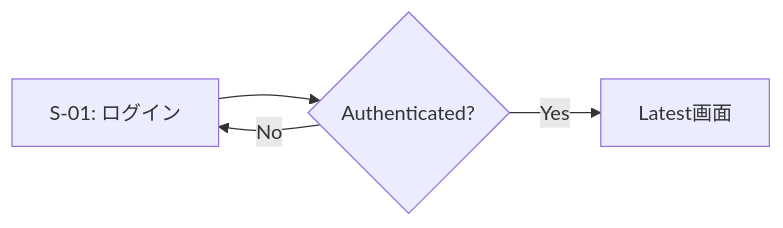
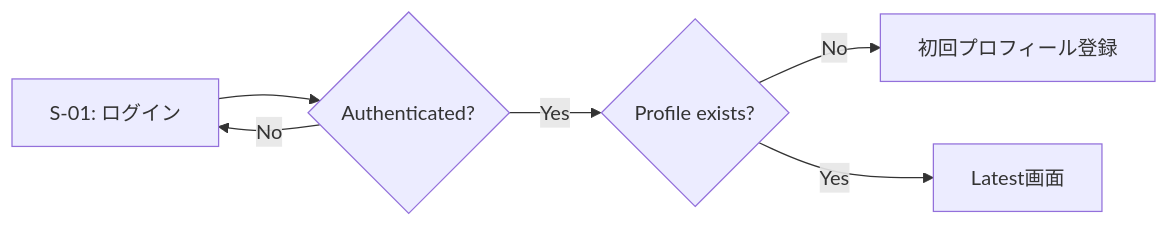
Before and after one commit to StepByCode/ashiato: the second of 8 diagrams in doc/03_screen-flow.md, drawn with Mermaid. The commit also changed other lines of this file and 10 other files, not shown here.

Commit message:
Fix login flow and secure invite access

````diff
--- a/doc/03_screen-flow.md
+++ b/doc/03_screen-flow.md
@@ -51,6 +51,8 @@
 ```mermaid
 flowchart LR
     S01["S-01: ログイン"] --> AuthCheck{"Authenticated?"}
     AuthCheck -- No --> S01
-    AuthCheck -- Yes --> Latest["Latest画面"]
+    AuthCheck -- Yes --> ProfileCheck{"Profile exists?"}
+    ProfileCheck -- No --> S02["初回プロフィール登録"]
+    ProfileCheck -- Yes --> Latest["Latest画面"]
 ```
````
